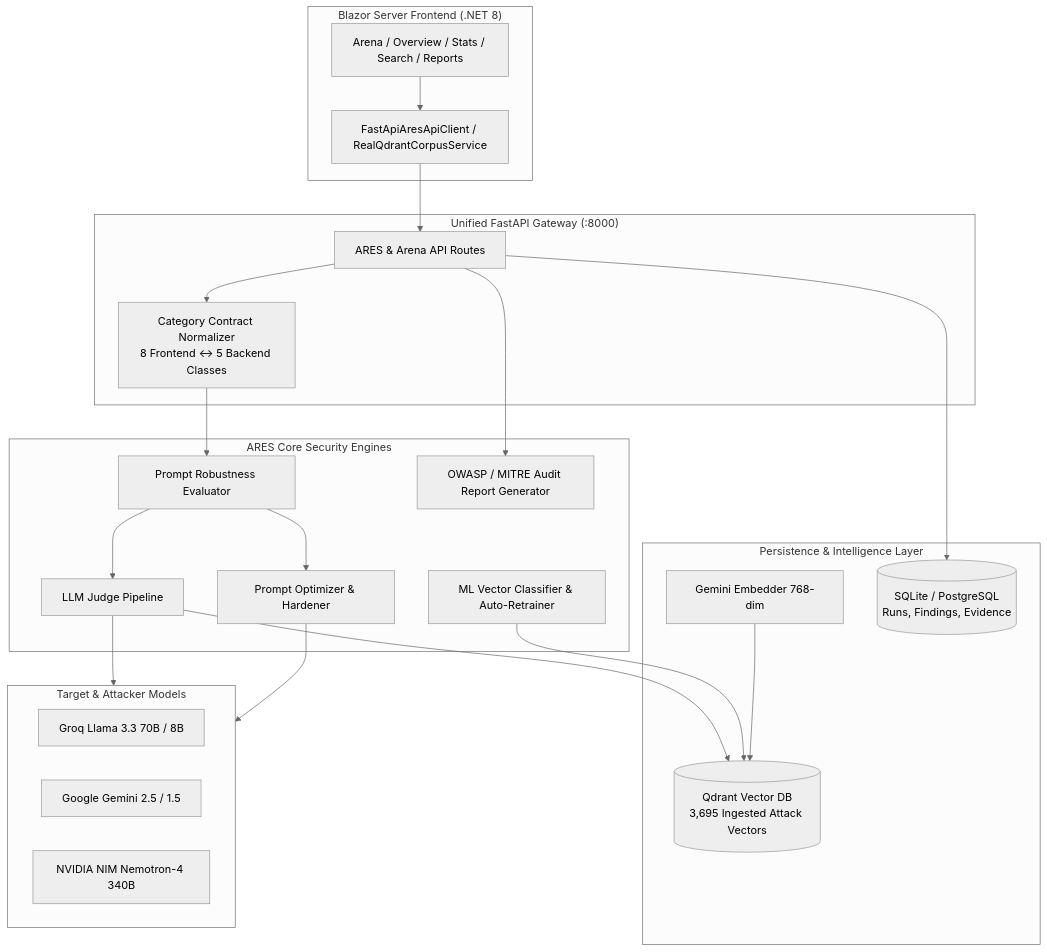
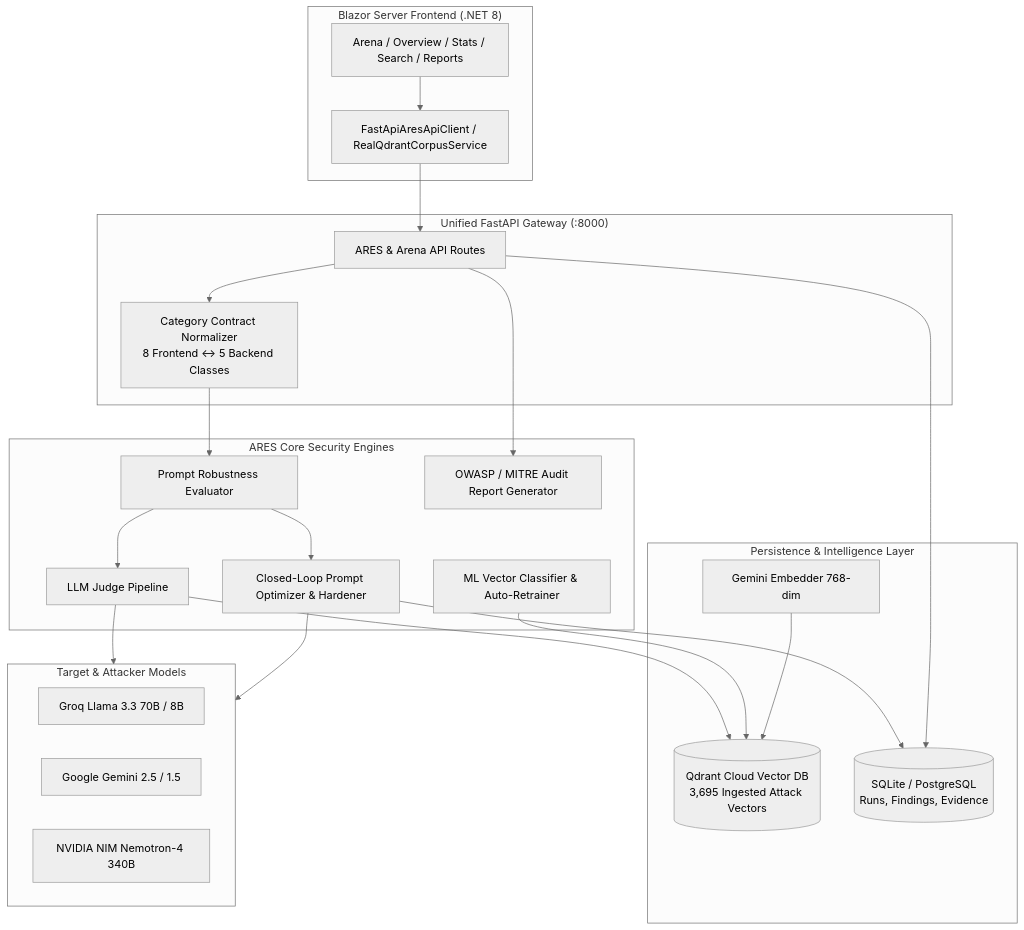
The diagram in README.md (NeoGonsalves/ARES-AI-Resilience-and-Evaluation-Security-System), drawn with Mermaid (neutral theme) before and after one commit. The commit also changed other lines of this file, not shown here.

Commit message:
docs: update README with scaled Qdrant Cloud (3695 vectors), closed-loop hardening, CI matrix, and dynamic metrics

````diff
--- a/README.md
+++ b/README.md
@@ -15,46 +16,47 @@
 ```mermaid
 flowchart TD
     subgraph Frontend["Blazor Server Frontend (.NET 8)"]
         UI[Arena / Overview / Stats / Search / Reports]
         Client[FastApiAresApiClient / RealQdrantCorpusService]
     end
 
     subgraph Gateway["Unified FastAPI Gateway (:8000)"]
         Router[ARES & Arena API Routes]
         Mappings[Category Contract Normalizer<br/>8 Frontend ↔ 5 Backend Classes]
     end
 
     subgraph CoreEngine["ARES Core Security Engines"]
         Evaluator[Prompt Robustness Evaluator]
         Judge[LLM Judge Pipeline]
-        Optimizer[Prompt Optimizer & Hardener]
+        Optimizer[Closed-Loop Prompt Optimizer & Hardener]
         MLStats[ML Vector Classifier & Auto-Retrainer]
         Reporter[OWASP / MITRE Audit Report Generator]
     end
 
     subgraph Storage["Persistence & Intelligence Layer"]
-        Qdrant[(Qdrant Vector DB<br/>3,695 Ingested Attack Vectors)]
+        Qdrant[(Qdrant Cloud Vector DB<br/>3,695 Ingested Attack Vectors)]
         Embedder[Gemini Embedder 768-dim]
         SQLDB[(SQLite / PostgreSQL<br/>Runs, Findings, Evidence)]
     end
 
     subgraph Providers["Target & Attacker Models"]
         Groq[Groq Llama 3.3 70B / 8B]
         Gemini[Google Gemini 2.5 / 1.5]
         Nvidia[NVIDIA NIM Nemotron-4 340B]
     end
 
     UI --> Client
     Client --> Router
     Router --> Mappings
     Mappings --> Evaluator
     Evaluator --> Judge
     Evaluator --> Optimizer
     Judge --> Providers
     Judge --> Qdrant
     Optimizer --> Providers
+    Optimizer --> SQLDB
     MLStats --> Qdrant
     Embedder --> Qdrant
     Router --> SQLDB
     Router --> Reporter
 ```
````
